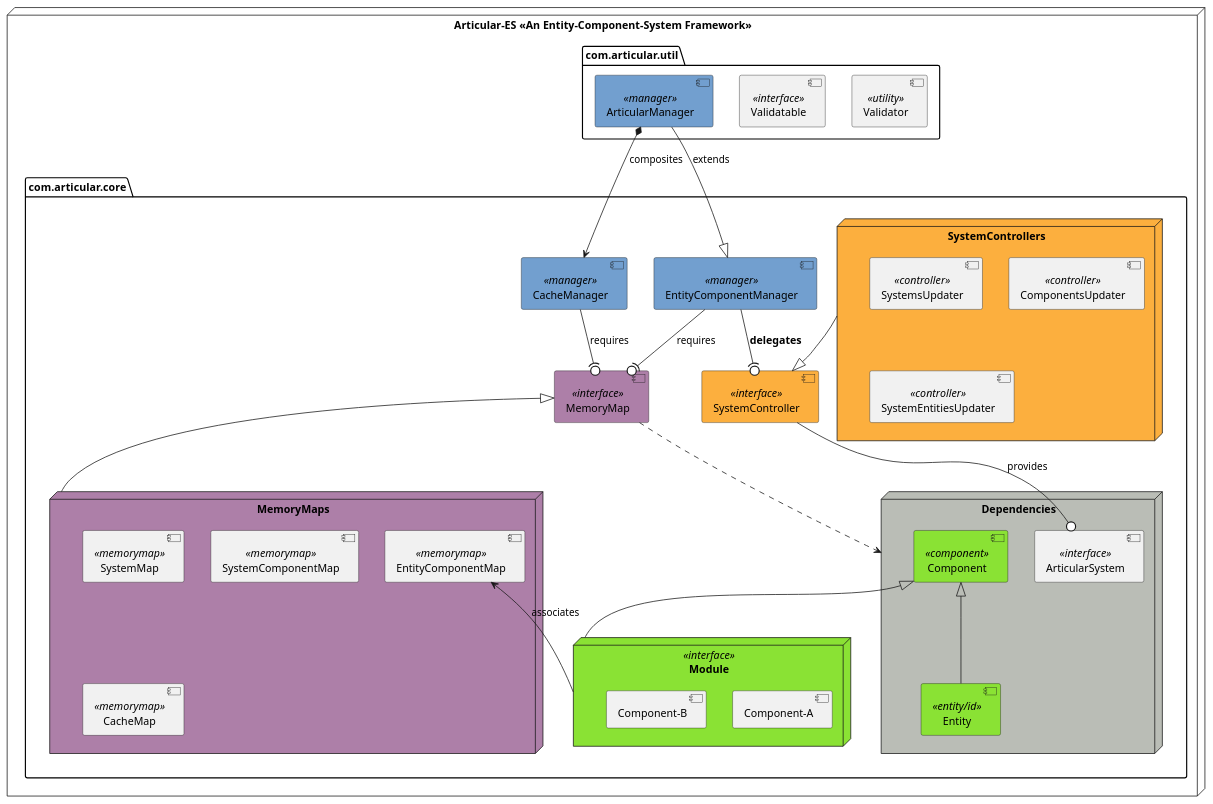
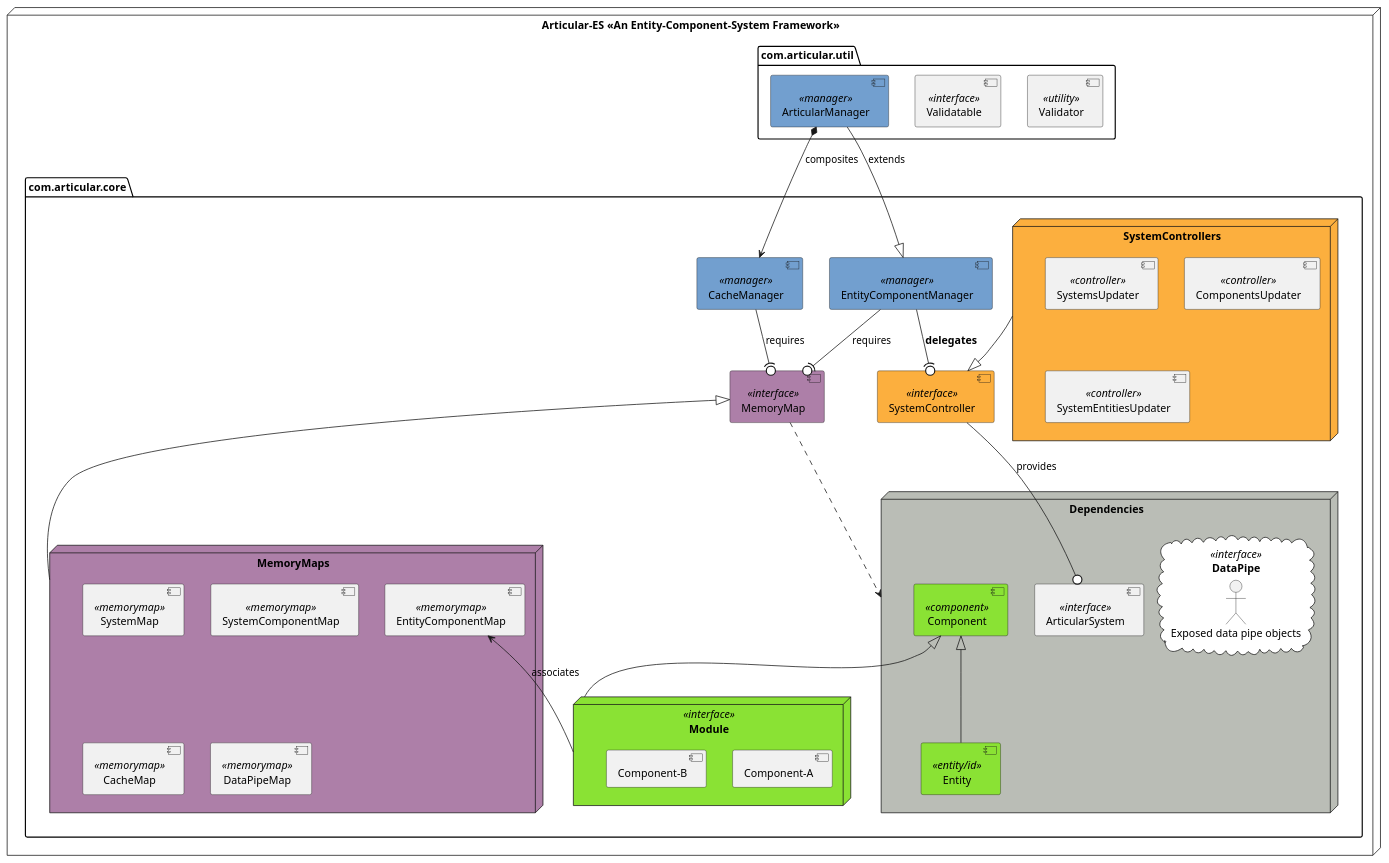
Before and after one commit to Electrostat-Lab/Articular-ES: the diagram in .assets/component-interface-design.puml, drawn with PlantUML.

Commit message:
component-interface-design: included data pipes dependencies

```diff
--- a/.assets/component-interface-design.puml
+++ b/.assets/component-interface-design.puml
@@ -1,63 +1,68 @@
 @startuml
 'https://plantuml.com/component-diagram
 
 node "Articular-ES <<An Entity-Component-System Framework>>" {
     package "com.articular.core"
     package "com.articular.util"
 }
 
 package "com.articular.core" {
     [MemoryMap] <<interface>> #AD7FA8
     [SystemController] <<interface>> #FCAF3E
     [EntityComponentManager] <<manager>> #729FCF
     [CacheManager] <<manager>> #729FCF
     [EntityComponentManager] --(0 MemoryMap : requires
     [CacheManager] --(0 MemoryMap : requires
     [EntityComponentManager] --(0 SystemController : ===delegates
 
     node "Module" <<interface>> #8AE234 {
         [Component-A]
         [Component-B]
     }
 
     node "SystemControllers" #FCAF3E {
         [SystemsUpdater] <<controller>>
         [ComponentsUpdater] <<controller>>
         [SystemEntitiesUpdater] <<controller>>
 
         "SystemControllers" --|> [SystemController]
     }
 
     node "Dependencies" #BABDB6 {
         [ArticularSystem] <<interface>>
         [Component] <<component>> #8AE234
         [Entity] <<entity/id>> #8AE234
 
         [MemoryMap] ..> "Dependencies"
         [SystemController] --0 [ArticularSystem] : provides
 
         [Component] <|-- [Entity]
         [Component] <|-- [Module]
+
+        cloud "DataPipe" <<interface>> #FFFFFF {
+            "Exposed data pipe objects"
+        }
     }
 
     node "MemoryMaps" #AD7FA8 {
         [MemoryMap] <|-- "MemoryMaps"
 
         [SystemMap] <<memorymap>>
         [EntityComponentMap] <<memorymap>>
         [SystemComponentMap] <<memorymap>>
         [CacheMap] <<memorymap>>
+        [DataPipeMap] <<memorymap>>
 
         [EntityComponentMap] <-- [Module] : associates
     }
 }
 
 package "com.articular.util" {
     [Validator] <<utility>>
     [Validatable] <<interface>>
     [ArticularManager] <<manager>> #729FCF
     [ArticularManager] --|> [EntityComponentManager] : extends
     [ArticularManager] *--> [CacheManager] : composites
 }
 
 @enduml
```
